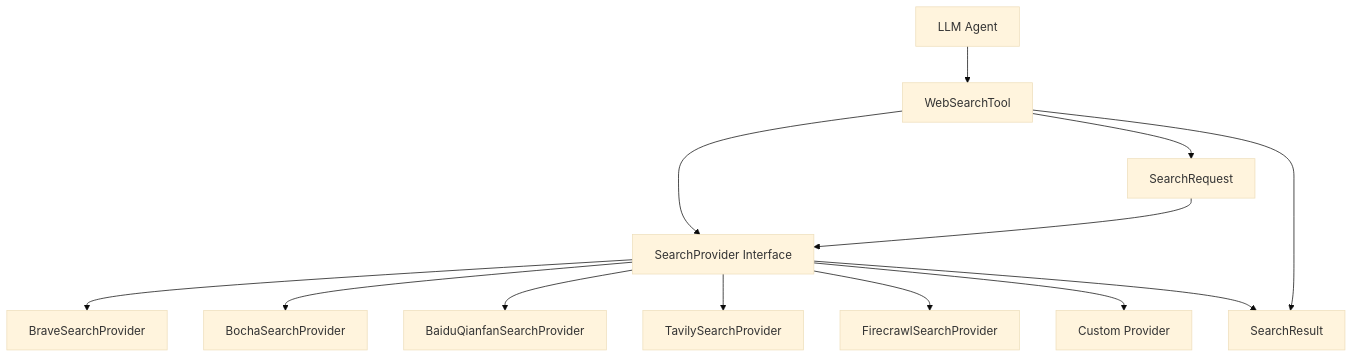
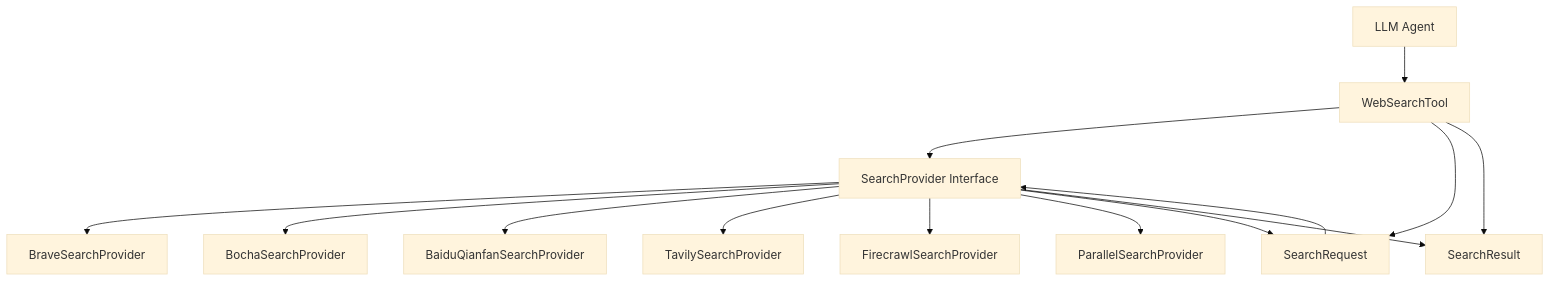
Before and after one commit to agents-flex/agents-flex: the first of 2 diagrams in docs/zh/chat/websearch.md, drawn with Mermaid (base theme). The commit also changed other lines of this file and 3 other files, not shown here.

Commit message:
feat(websearch): add free Parallel MCP provider

````diff
--- a/docs/zh/chat/websearch.md
+++ b/docs/zh/chat/websearch.md
@@ -66,17 +66,18 @@
 ```mermaid
 graph TB
     A[LLM Agent] --> B[WebSearchTool]
     B --> C[SearchProvider Interface]
     C --> D[BraveSearchProvider]
     C --> E[BochaSearchProvider]
     C --> F[BaiduQianfanSearchProvider]
     C --> G[TavilySearchProvider]
     C --> H[FirecrawlSearchProvider]
-    C --> I[Custom Provider]
+    C --> I[ParallelSearchProvider]
+    C --> J[Custom Provider]
 
     B --> J[SearchRequest]
     B --> K[SearchResult]
 
     J --> C
     C --> K
 ```
````
